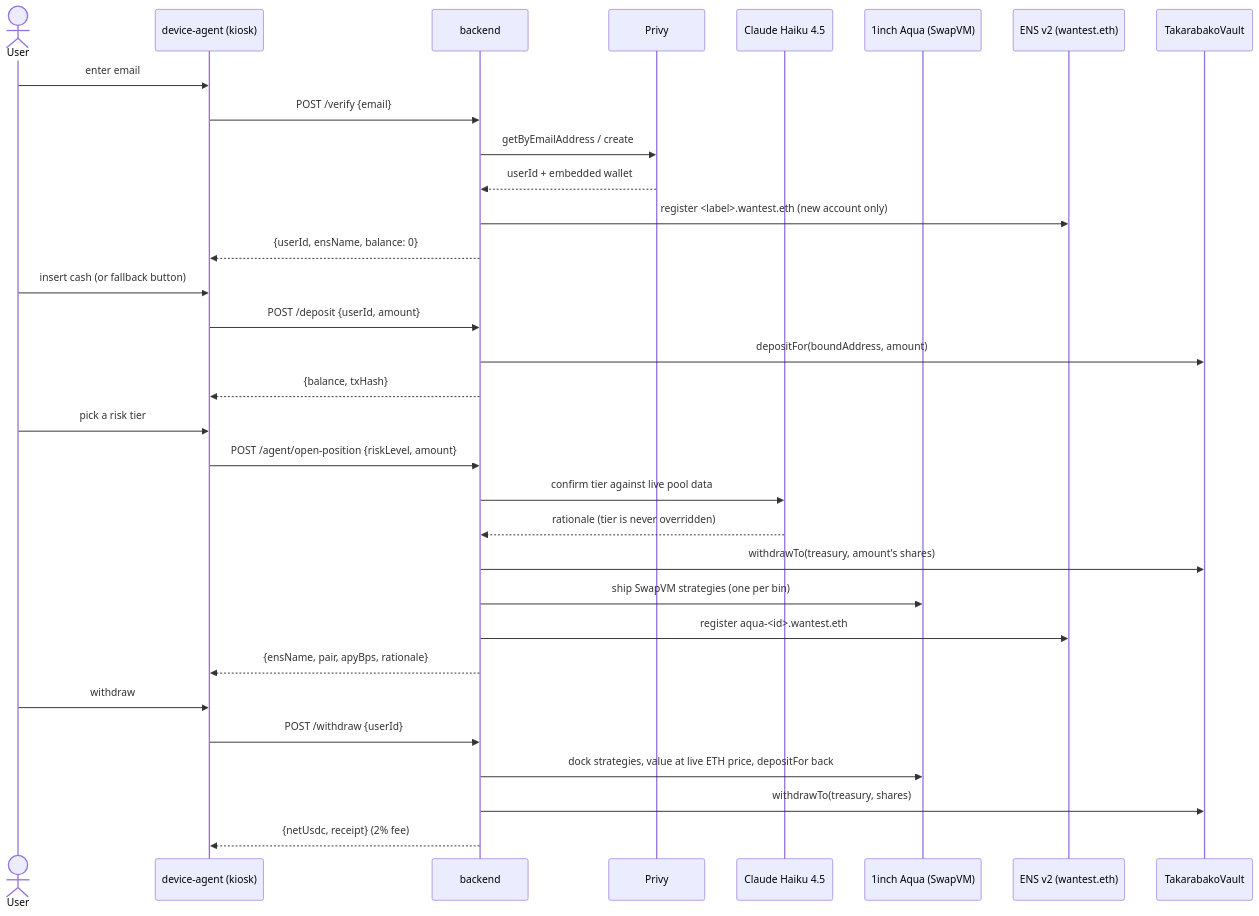
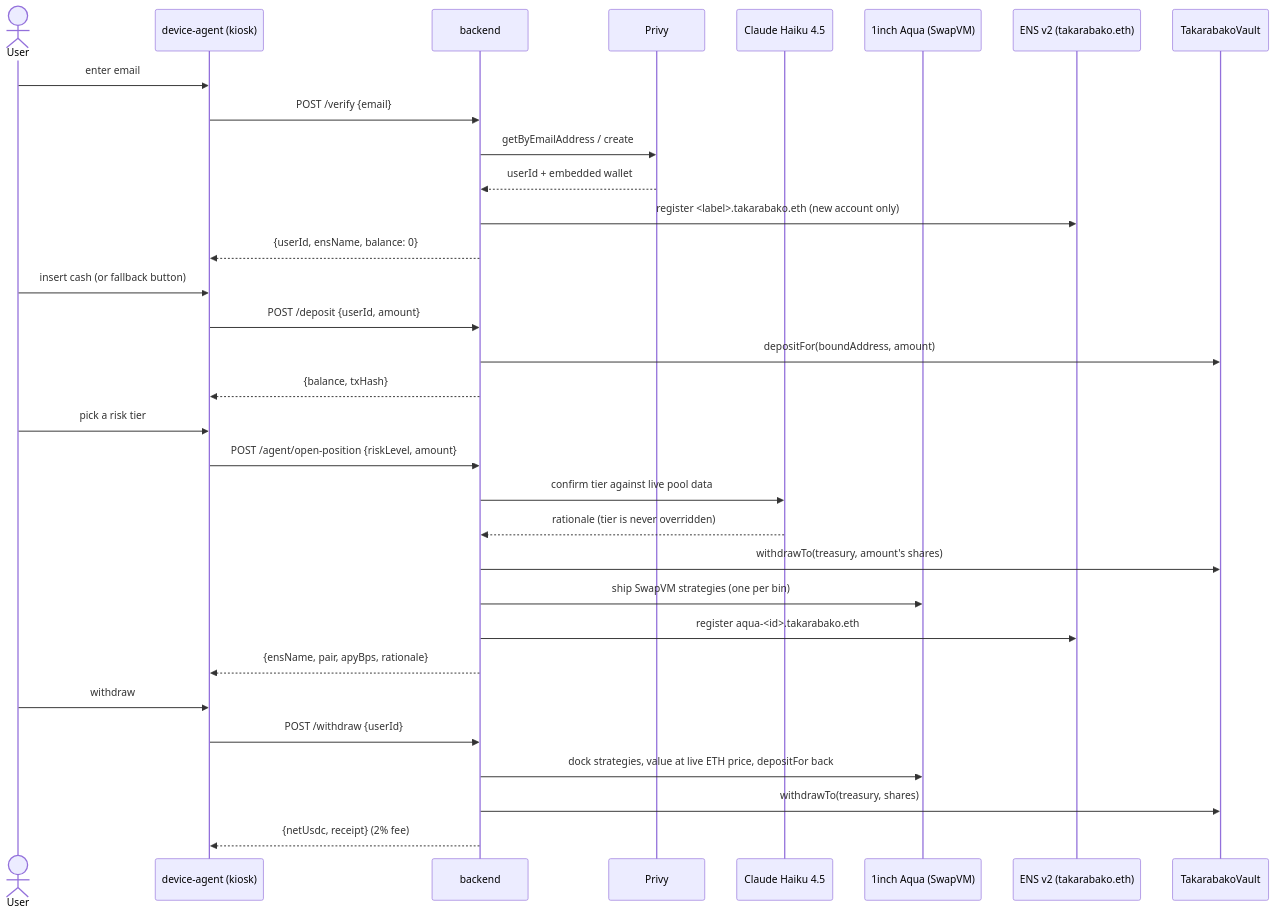
Before and after one commit to AqilJaafree/takarabako: the second of 2 diagrams in README.md, drawn with Mermaid. The commit also changed other lines of this file and 1 other file, not shown here.

````diff
--- a/README.md
+++ b/README.md
@@ -209,38 +249,38 @@
 ```mermaid
 sequenceDiagram
     actor User
     participant Kiosk as device-agent (kiosk)
     participant API as backend
     participant Privy
     participant Claude as Claude Haiku 4.5
     participant Aqua as 1inch Aqua (SwapVM)
-    participant ENS as ENS v2 (wantest.eth)
+    participant ENS as ENS v2 (takarabako.eth)
     participant Vault as TakarabakoVault
 
     User->>Kiosk: enter email
     Kiosk->>API: POST /verify {email}
     API->>Privy: getByEmailAddress / create
     Privy-->>API: userId + embedded wallet
-    API->>ENS: register <label>.wantest.eth (new account only)
+    API->>ENS: register <label>.takarabako.eth (new account only)
     API-->>Kiosk: {userId, ensName, balance: 0}
 
     User->>Kiosk: insert cash (or fallback button)
     Kiosk->>API: POST /deposit {userId, amount}
     API->>Vault: depositFor(boundAddress, amount)
     API-->>Kiosk: {balance, txHash}
 
     User->>Kiosk: pick a risk tier
     Kiosk->>API: POST /agent/open-position {riskLevel, amount}
     API->>Claude: confirm tier against live pool data
     Claude-->>API: rationale (tier is never overridden)
     API->>Vault: withdrawTo(treasury, amount's shares)
     API->>Aqua: ship SwapVM strategies (one per bin)
-    API->>ENS: register aqua-<id>.wantest.eth
+    API->>ENS: register aqua-<id>.takarabako.eth
     API-->>Kiosk: {ensName, pair, apyBps, rationale}
 
     User->>Kiosk: withdraw
     Kiosk->>API: POST /withdraw {userId}
     API->>Aqua: dock strategies, value at live ETH price, depositFor back
     API->>Vault: withdrawTo(treasury, shares)
     API-->>Kiosk: {netUsdc, receipt} (2% fee)
 ```
````
